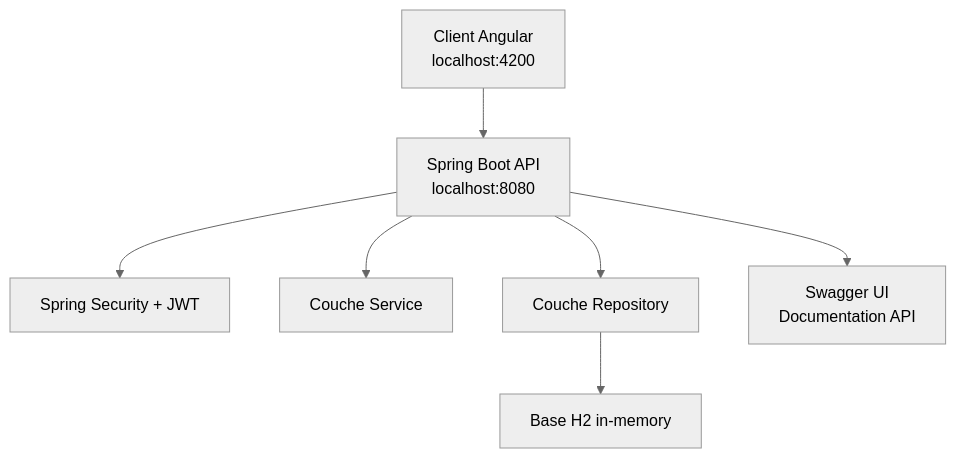
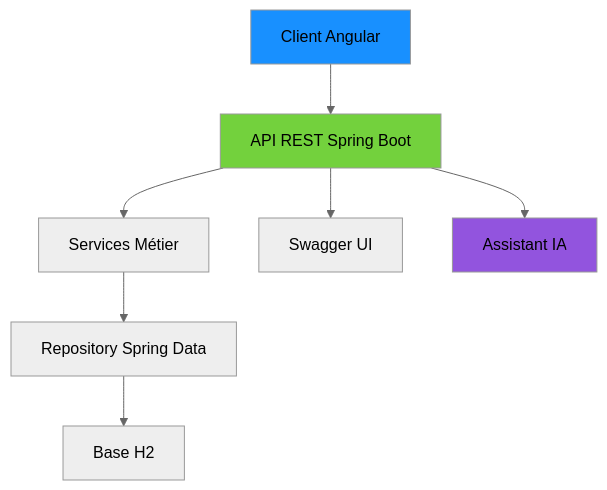
Before and after one commit to dirdaymi/Smart-bank: the first of 7 diagrams in README.md, drawn with Mermaid (neutral theme). The commit also changed other lines of this file, not shown here.

````diff
--- a/README.md
+++ b/README.md
@@ -19,9 +43,14 @@
 ```mermaid
-graph TB
-    A[Client Angular<br/>localhost:4200] --> B[Spring Boot API<br/>localhost:8080];
-    B --> C[Spring Security + JWT];
-    B --> D[Couche Service];
-    B --> E[Couche Repository];
-    E --> F[Base H2 in-memory];
-    B --> G[Swagger UI<br/>Documentation API];
+flowchart TD
+    A[Client Angular] --> B[API REST Spring Boot]
+    B --> C[Services Métier]
+    C --> D[Repository Spring Data]
+    D --> E[Base H2]
+    
+    B --> F[Swagger UI]
+    B --> G[Assistant IA]
+    
+    style A fill:#1890ff
+    style B fill:#73d13d
+    style G fill:#9254de
 ```
````
